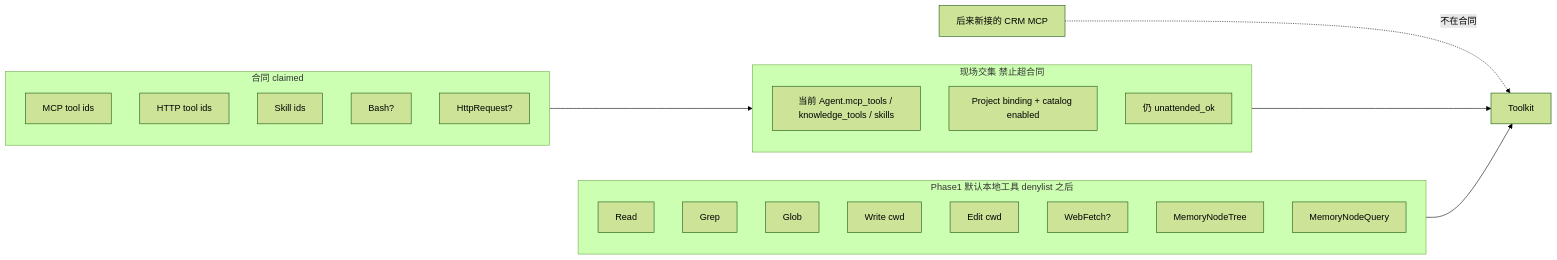
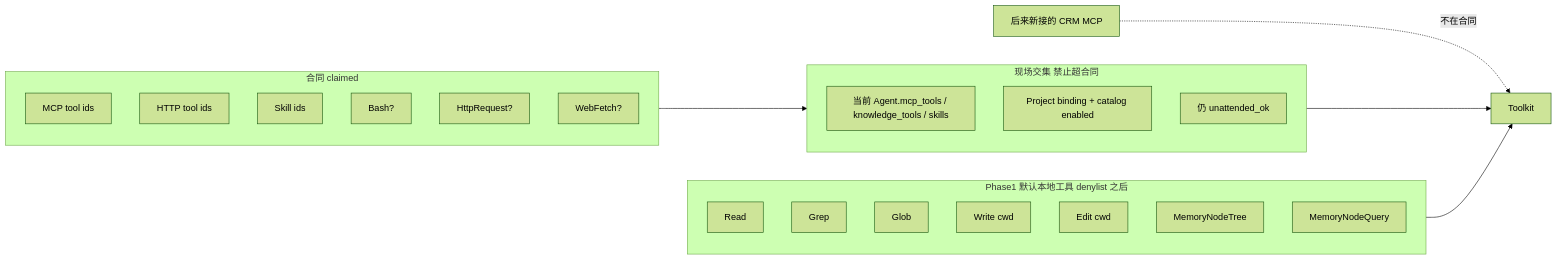
One commit to aishuang4/yinli changed the second of 3 diagrams in docs/scheduled-jobs-v2-agent-activation.md. Above: the diagram before and after it, drawn with Mermaid (forest theme). The commit also changed other lines of this file and 146 other files, not shown here.

````diff
--- a/docs/scheduled-jobs-v2-agent-activation.md
+++ b/docs/scheduled-jobs-v2-agent-activation.md
@@ -783,33 +783,32 @@
 ```mermaid
 flowchart LR
   subgraph always [Phase1 默认本地工具 denylist 之后]
     R[Read]
     G[Grep]
     L[Glob]
     W[Write cwd]
     E[Edit cwd]
-    F[FinalAnswerStart]
     M1[MemoryNodeTree]
     M2[MemoryNodeQuery]
   end
 
   subgraph contract [合同 claimed]
     M[MCP tool ids]
     H[HTTP tool ids]
     S[Skill ids]
     B[Bash?]
     I[HttpRequest?]
     F[WebFetch?]
   end
 
   subgraph live [现场交集 禁止超合同]
     A[当前 Agent.mcp_tools / knowledge_tools / skills]
     P[Project binding + catalog enabled]
     U[仍 unattended_ok]
   end
 
   contract --> live
   live --> TK[Toolkit]
   always --> TK
   NewMCP[后来新接的 CRM MCP] -.->|不在合同| TK
 ```
````
